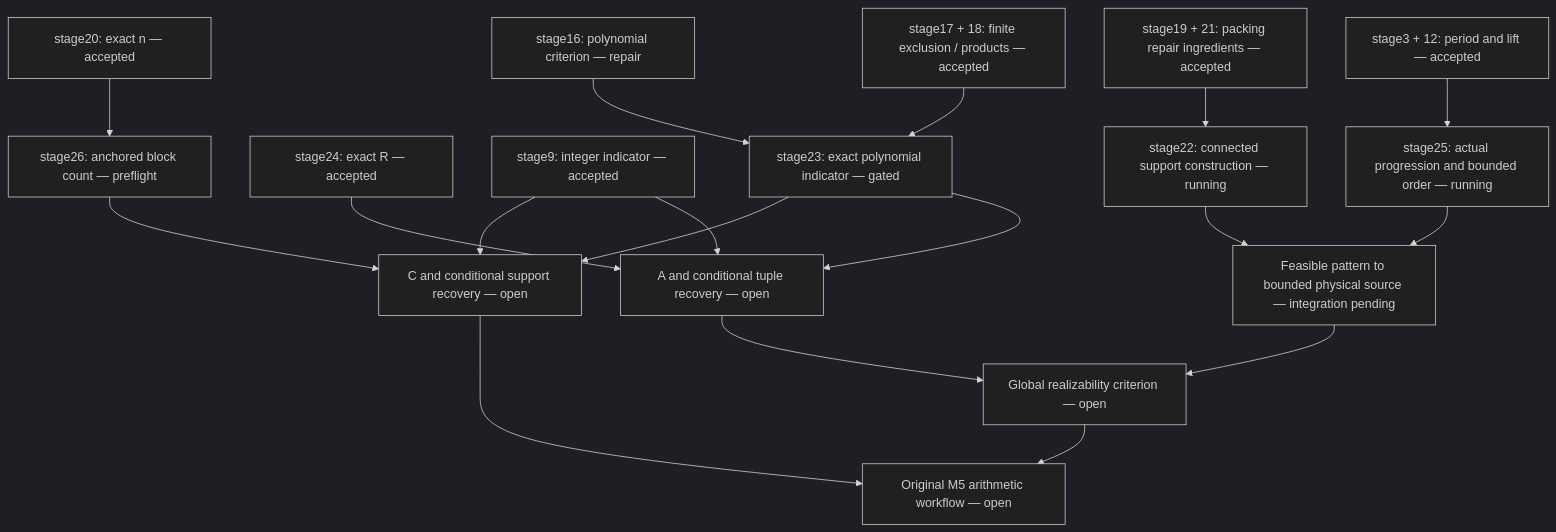
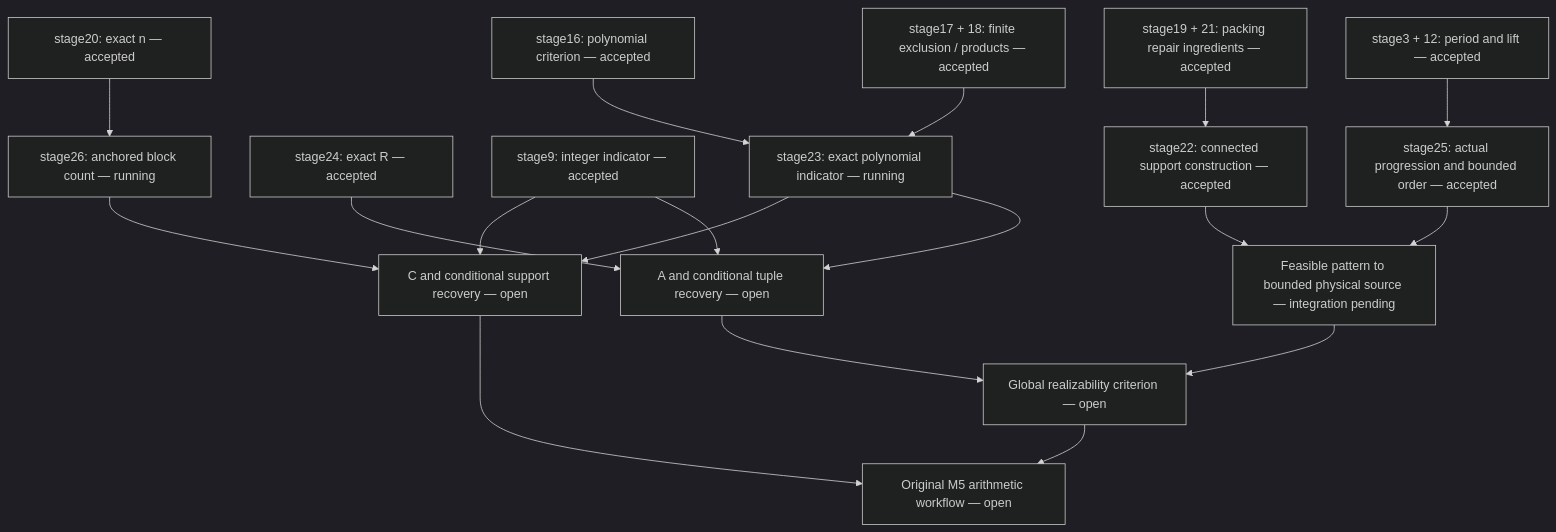
Before and after one commit to humanfia/science-mango: the diagram in pipelines/quantum_formalize/examples/m5/PROOF_CHAIN.md, drawn with Mermaid (dark theme). The commit also changed other lines of this file and 944 other files, not shown here.

Commit message:
Accept multiplicity exclusion and bounded physical support construction

````diff
--- a/pipelines/quantum_formalize/examples/m5/PROOF_CHAIN.md
+++ b/pipelines/quantum_formalize/examples/m5/PROOF_CHAIN.md
@@ -20,20 +20,20 @@
 ```mermaid
 flowchart TD
-  n[stage20: exact n — accepted] --> anchor[stage26: anchored block count — preflight]
+  n[stage20: exact n — accepted] --> anchor[stage26: anchored block count — running]
   R[stage24: exact R — accepted] --> A[A and conditional tuple recovery — open]
   int[stage9: integer indicator — accepted] --> C[C and conditional support recovery — open]
-  crit[stage16: polynomial criterion — repair] --> pie[stage23: exact polynomial indicator — gated]
+  crit[stage16: polynomial criterion — accepted] --> pie[stage23: exact polynomial indicator — running]
   finite[stage17 + 18: finite exclusion / products — accepted] --> pie
   pie --> C
   pie --> A
   int --> A
   anchor --> C
-  pack[stage19 + 21: packing repair ingredients — accepted] --> construct[stage22: connected support construction — running]
-  period[stage3 + 12: period and lift — accepted] --> orders[stage25: actual progression and bounded order — running]
+  pack[stage19 + 21: packing repair ingredients — accepted] --> construct[stage22: connected support construction — accepted]
+  period[stage3 + 12: period and lift — accepted] --> orders[stage25: actual progression and bounded order — accepted]
   construct --> bounded[Feasible pattern to bounded physical source — integration pending]
   orders --> bounded
   A --> global[Global realizability criterion — open]
   bounded --> global
   C --> final[Original M5 arithmetic workflow — open]
   global --> final
 ```
````
